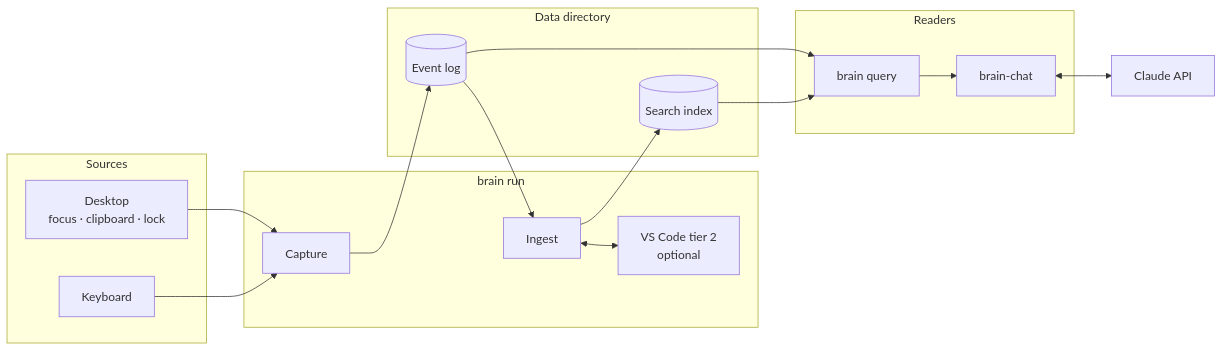
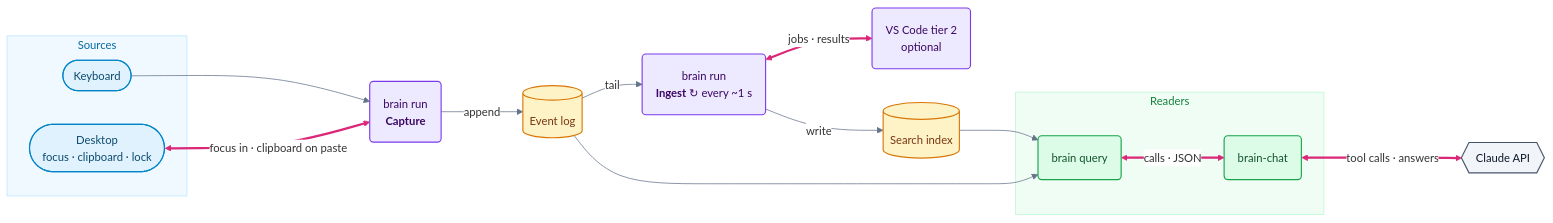
The first of 2 diagrams in DIAGRAMS.md (ChenOhana/shadow-assistant), drawn with Mermaid before and after one commit. The commit also changed other lines of this file, not shown here.

Commit message:
Give the diagrams colors, shapes and visible loops
Color by kind of component (sources, brain run, data, readers,
external), distinct shapes for processes, storage and the API, thick
double arrows for two-way links, and dashed back-arrows for the ingest
and brain-chat loops. The components diagram is now one left-to-right
chain, and the stages gain a seventh, Ask.

Claude-Session: https://claude.ai/code/session_01TqJ1JQ5AR6NbGxAYUZbh83

````diff
--- a/DIAGRAMS.md
+++ b/DIAGRAMS.md
@@ -8,36 +9,48 @@
 ```mermaid
+%%{init: {"theme": "base", "themeVariables": {"fontSize": "15px", "lineColor": "#64748b", "edgeLabelBackground": "#ffffff"}, "flowchart": {"curve": "basis", "padding": 18, "nodeSpacing": 45, "rankSpacing": 60}}}%%
 flowchart LR
     subgraph SRC["Sources"]
-        KB["Keyboard"]
-        DE["Desktop<br/>focus · clipboard · lock"]
+        KB(["Keyboard"])
+        DE(["Desktop<br/>focus · clipboard · lock"])
     end
 
-    subgraph RUN["brain run"]
-        CAP["Capture"]
-        ING["Ingest"]
-        T2["VS Code tier 2<br/>optional"]
+    CAP("brain run<br/><b>Capture</b>")
+    LOG[("Event log")]
+    ING("brain run<br/><b>Ingest</b> ↻ every ~1 s")
+    T2("VS Code tier 2<br/>optional")
+    DB[("Search index")]
+
+    subgraph USE["Readers"]
+        Q("brain query")
+        CHAT("brain-chat")
     end
 
-    subgraph DATA["Data directory"]
-        LOG[("Event log")]
-        DB[("Search index")]
-    end
-
-    subgraph USE["Readers"]
-        Q["brain query"]
-        CHAT["brain-chat"]
-    end
-
-    API["Claude API"]
+    API{{"Claude API"}}
 
     KB --> CAP
-    DE --> CAP
-    CAP --> LOG
-    LOG --> ING
-    ING --> DB
-    ING <--> T2
+    DE <-->|"focus in · clipboard on paste"| CAP
+    CAP -->|"append"| LOG
+    LOG -->|"tail"| ING
+    ING -->|"write"| DB
+    ING <-->|"jobs · results"| T2
     DB --> Q
     LOG --> Q
-    Q --> CHAT
-    CHAT <--> API
+    Q <-->|"calls · JSON"| CHAT
+    CHAT <-->|"tool calls · answers"| API
+
+    classDef src fill:#e0f2fe,stroke:#0284c7,stroke-width:1.5px,color:#0c4a6e
+    classDef proc fill:#ede9fe,stroke:#7c3aed,stroke-width:1.5px,color:#3b0764
+    classDef store fill:#fef3c7,stroke:#d97706,stroke-width:1.5px,color:#78350f
+    classDef read fill:#dcfce7,stroke:#16a34a,stroke-width:1.5px,color:#14532d
+    classDef ext fill:#f1f5f9,stroke:#475569,stroke-width:1.5px,color:#0f172a
+    class KB,DE src
+    class CAP,ING,T2 proc
+    class LOG,DB store
+    class Q,CHAT read
+    class API ext
+
+    style SRC fill:#f0f9ff,stroke:#bae6fd,color:#0369a1
+    style USE fill:#f0fdf4,stroke:#bbf7d0,color:#15803d
+
+    linkStyle 1,5,8,9 stroke:#db2777,stroke-width:3px
 ```
````
